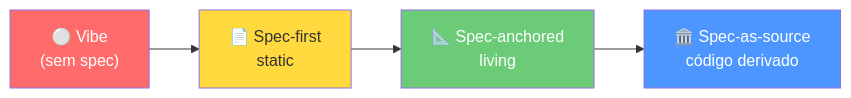
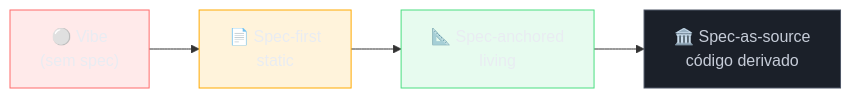
The first of 2 diagrams in 03-Dominios/Tecnologia/IA/Spec-Driven Development/03 - Níveis de rigor — spec-first, spec-anchored, spec-as-source.md (josenaldo/codex-technomanticus), drawn with Mermaid before and after one commit. The commit also changed 1181 other files, not shown here.

First line of the commit message:
fix(diagramas): paleta do sistema no lugar de cor cravada no markdown

````diff
--- a/03-Dominios/Tecnologia/IA/Spec-Driven Development/03 - Níveis de rigor — spec-first, spec-anchored, spec-as-source.md
+++ b/03-Dominios/Tecnologia/IA/Spec-Driven Development/03 - Níveis de rigor — spec-first, spec-anchored, spec-as-source.md
@@ -33,11 +33,15 @@
 ```mermaid
 graph LR
+    classDef falha fill:#FF6B6B24,stroke:#FF6B6B,color:#E9ECF2
+    classDef destaque fill:#FFAA0024,stroke:#FFAA00,color:#E9ECF2
+    classDef ok fill:#4ADE8021,stroke:#4ADE80,color:#E9ECF2
+    classDef neutro fill:#1B2029,stroke:#4E5666,color:#C6CCD8
     A["⚪ Vibe<br/>(sem spec)"] --> B["📄 Spec-first<br/>static"]
     B --> C["📐 Spec-anchored<br/>living"]
     C --> D["🏛️ Spec-as-source<br/>código derivado"]
 
-    style A fill:#ff6b6b,color:#fff
-    style B fill:#ffd93d,color:#333
-    style C fill:#6bcb77,color:#fff
-    style D fill:#4d96ff,color:#fff
+    class A falha
+    class B destaque
+    class C ok
+    class D neutro
 ```
````
